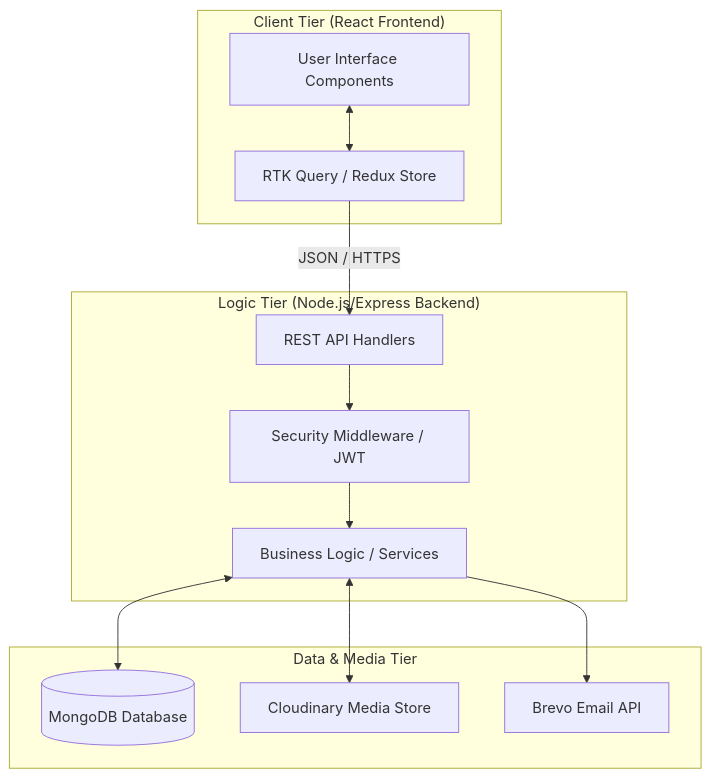
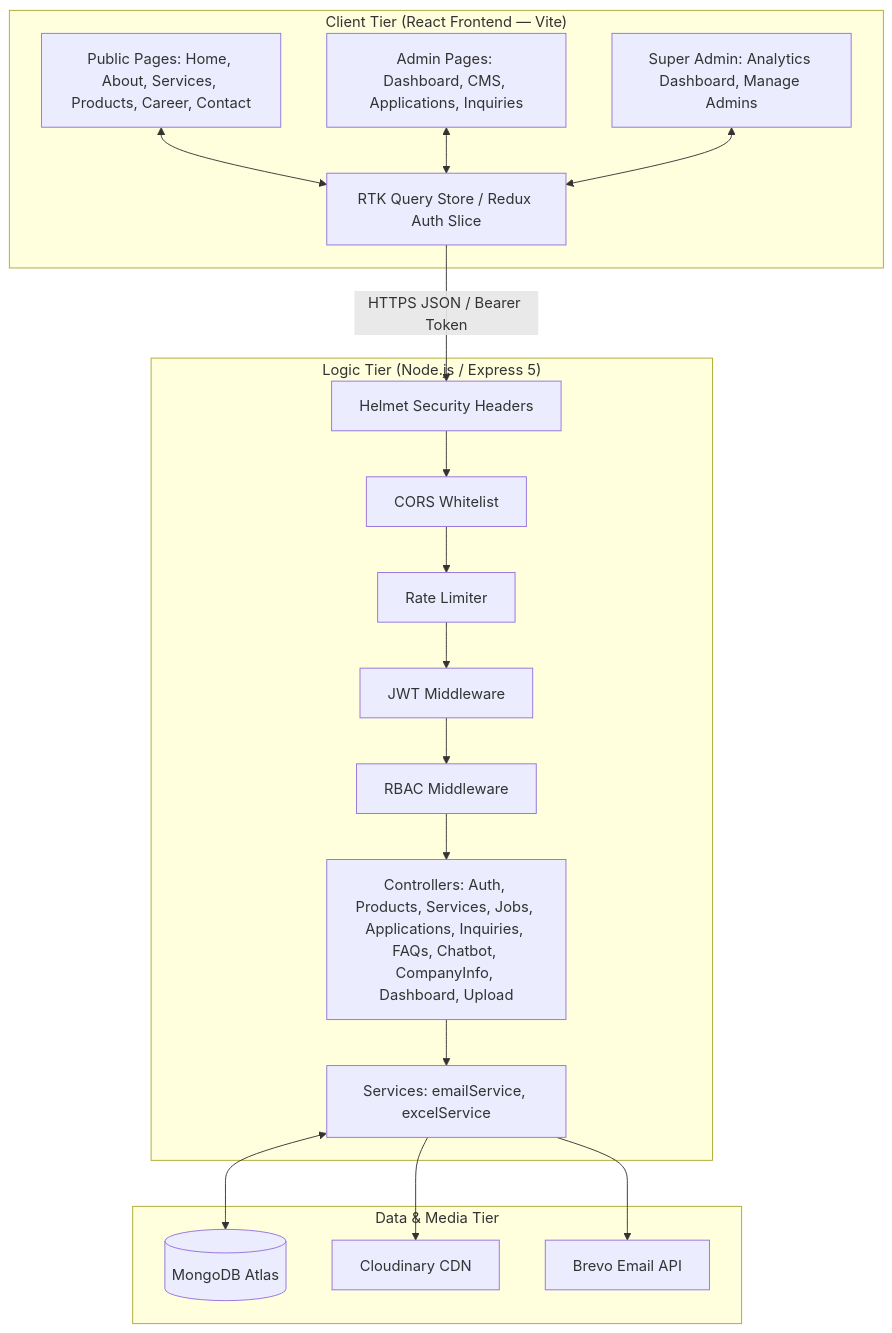
The first of 7 diagrams in final_doc.md (SAKTHIIIVEL/final_year_prj), drawn with Mermaid before and after one commit. The commit also changed other lines of this file and 3 other files, not shown here.

````diff
--- a/final_doc.md
+++ b/final_doc.md
@@ -153,27 +547,32 @@
 ```mermaid
 graph TD
-    subgraph "Client Tier (React Frontend)"
-        UI[User Interface Components]
-        RTK[RTK Query / Redux Store]
-        UI <--> RTK
+    subgraph "Client Tier (React Frontend — Vite)"
+        PUB[Public Pages: Home, About, Services, Products, Career, Contact]
+        ADMIN[Admin Pages: Dashboard, CMS, Applications, Inquiries]
+        SA[Super Admin: Analytics Dashboard, Manage Admins]
+        RTK[RTK Query Store / Redux Auth Slice]
+        PUB & ADMIN & SA <--> RTK
     end
-    
-    subgraph "Logic Tier (Node.js/Express Backend)"
-        API[REST API Handlers]
-        MW[Security Middleware / JWT]
-        SVC[Business Logic / Services]
-        API --> MW
-        MW --> SVC
+
+    subgraph "Logic Tier (Node.js / Express 5)"
+        MW_HELMET[Helmet Security Headers]
+        MW_CORS[CORS Whitelist]
+        MW_RATE[Rate Limiter]
+        MW_JWT[JWT Middleware]
+        MW_RBAC[RBAC Middleware]
+        CTRL[Controllers: Auth, Products, Services, Jobs, Applications, Inquiries, FAQs, Chatbot, CompanyInfo, Dashboard, Upload]
+        SVC[Services: emailService, excelService]
+        MW_HELMET --> MW_CORS --> MW_RATE --> MW_JWT --> MW_RBAC --> CTRL --> SVC
     end
-    
+
     subgraph "Data & Media Tier"
-        DB[(MongoDB Database)]
-        CLD[Cloudinary Media Store]
+        DB[(MongoDB Atlas)]
+        CLD[Cloudinary CDN]
         EML[Brevo Email API]
         SVC <--> DB
-        SVC <--> CLD
+        SVC --> CLD
         SVC --> EML
     end
-    
-    RTK -- "JSON / HTTPS" --> API
+
+    RTK -- "HTTPS JSON / Bearer Token" --> MW_HELMET
 ```
````
